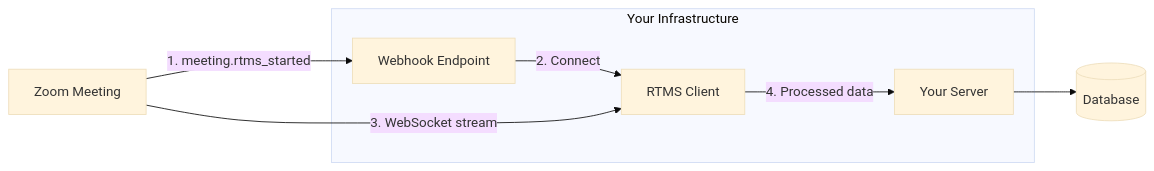
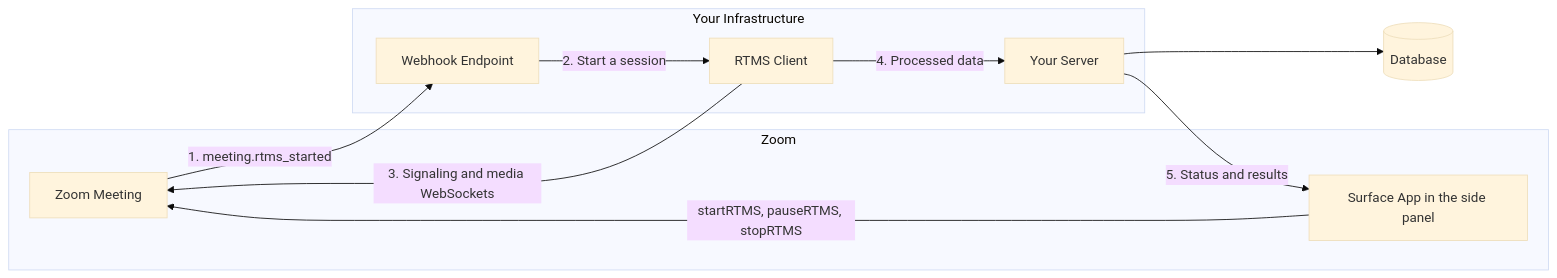
The second of 3 diagrams in blueprints/migrate-bot-to-rtms/index.md (zoom/blueprints), drawn with Mermaid (base theme) before and after one commit. The commit also changed other lines of this file, not shown here.

First line of the commit message:
migrate-bot-to-rtms: restructure as a lifecycle guide for the switch to RTMS and the Zoom Apps SDK

````diff
--- a/blueprints/migrate-bot-to-rtms/index.md
+++ b/blueprints/migrate-bot-to-rtms/index.md
@@ -112,13 +113,19 @@
 ```mermaid
 graph LR
+    subgraph "Zoom"
+        Z[Zoom Meeting]
+        A[Surface App in the side panel]
+    end
     subgraph "Your Infrastructure"
         W[Webhook Endpoint]
         R[RTMS Client]
         S[Your Server]
     end
-    Z[Zoom Meeting] -->|1. meeting.rtms_started| W
-    W -->|2. Connect| R
-    Z -->|3. WebSocket stream| R
+    Z -->|1. meeting.rtms_started| W
+    W -->|2. Start a session| R
+    R -->|3. Signaling and media WebSockets| Z
     R -->|4. Processed data| S
     S --> D[(Database)]
+    S -->|5. Status and results| A
+    A -->|startRTMS, pauseRTMS, stopRTMS| Z
 ```
````
